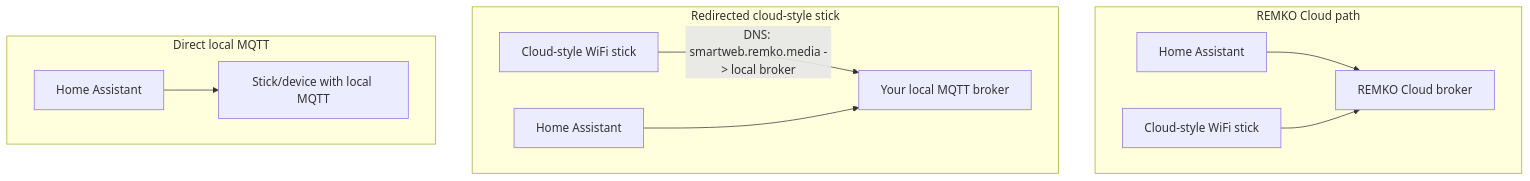
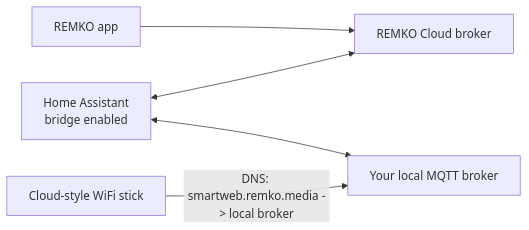
The second of 2 diagrams in docs/local_connection_modes.md (Christoph-87/remko-smartweb-ha), drawn with Mermaid before and after one commit. The commit also changed other lines of this file and 1 other file, not shown here.

Commit message:
docs: focus redirect guide on app bridge mode

````diff
--- a/docs/local_connection_modes.md
+++ b/docs/local_connection_modes.md
@@ -23,16 +41,7 @@
 ```mermaid
-flowchart TB
-  subgraph cloud["REMKO Cloud path"]
-    HACloud["Home Assistant"] --> Cloud["REMKO Cloud broker"]
-    StickCloud["Cloud-style WiFi stick"] --> Cloud
-  end
-
-  subgraph redirect["Redirected cloud-style stick"]
-    StickRedirect["Cloud-style WiFi stick"] -->|"DNS: smartweb.remko.media -> local broker"| Broker["Your local MQTT broker"]
-    HARedirect["Home Assistant"] --> Broker
-  end
-
-  subgraph direct["Direct local MQTT"]
-    HADirect["Home Assistant"] --> Direct["Stick/device with local MQTT"]
-  end
+flowchart LR
+  App["REMKO app"] --> Cloud["REMKO Cloud broker"]
+  HA["Home Assistant<br/>bridge enabled"] <--> Cloud
+  HA <--> Local["Your local MQTT broker"]
+  Stick["Cloud-style WiFi stick"] -->|"DNS: smartweb.remko.media -> local broker"| Local
 ```
````
